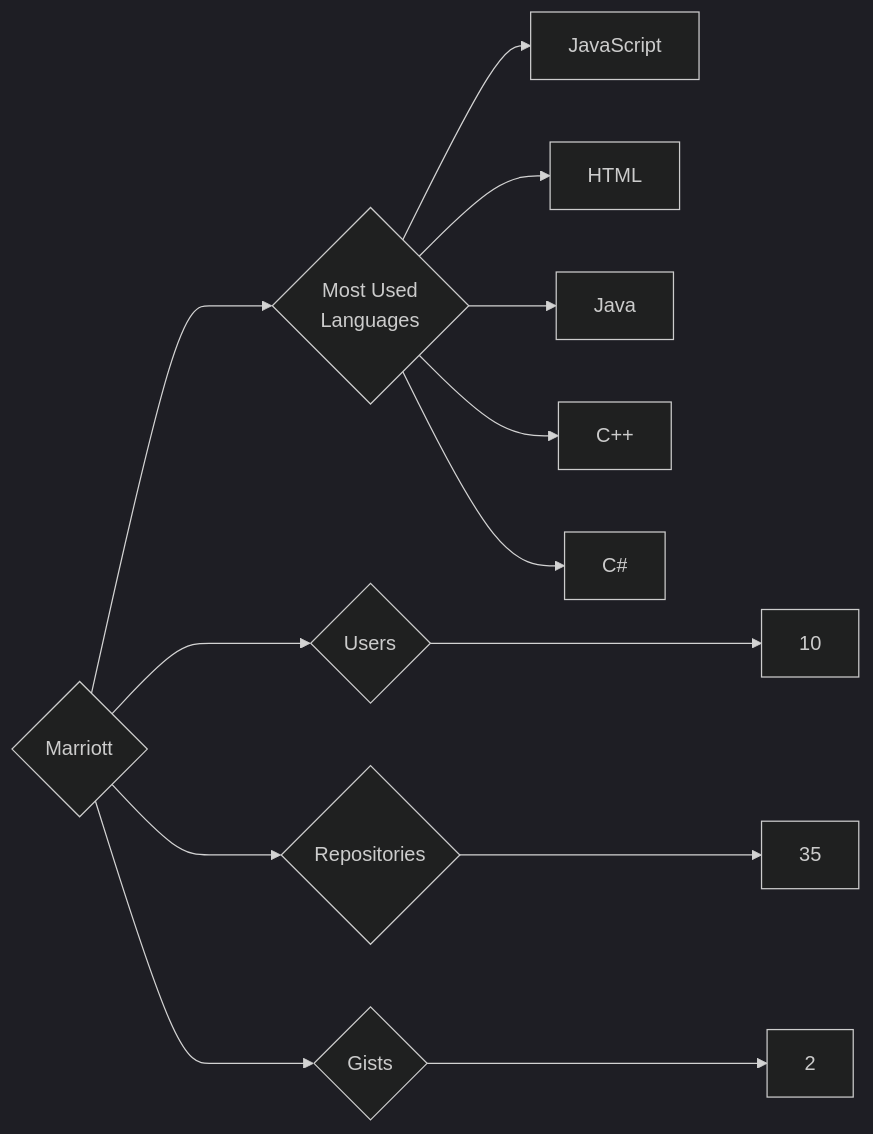
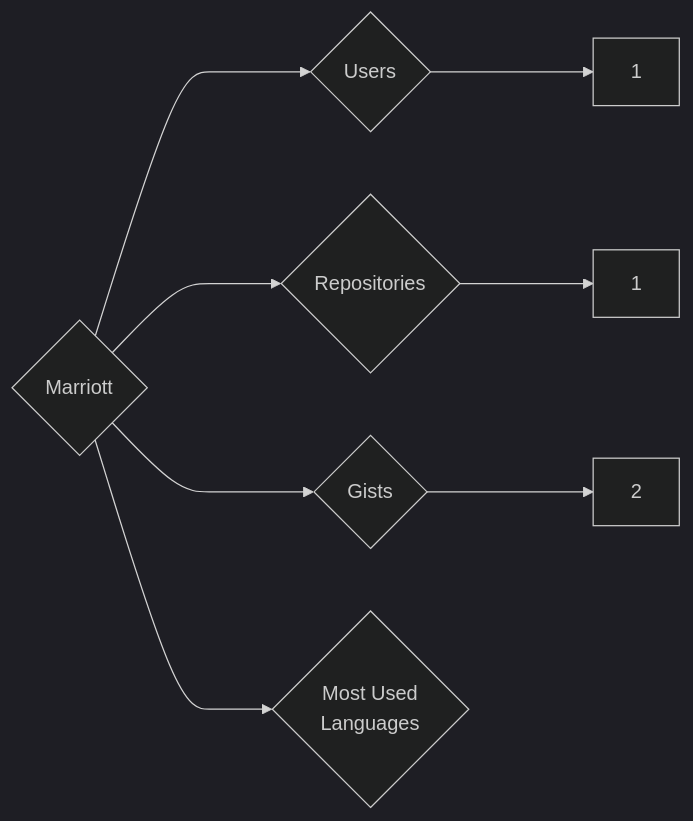
The diagram in targets/Marriott/README.md (trickest/insiders), drawn with Mermaid (dark theme) before and after one commit. The commit also changed 773 other files, not shown here.

````diff
--- a/targets/Marriott/README.md
+++ b/targets/Marriott/README.md
@@ -3,13 +3,8 @@
 ```mermaid
 graph LR
 COMPANY_NAME{Marriott}
-COMPANY_NAME ---> U{Users} ---> UN[10]
-COMPANY_NAME ---> R{Repositories} ---> RN[35]
+COMPANY_NAME ---> U{Users} ---> UN[1]
+COMPANY_NAME ---> R{Repositories} ---> RN[1]
 COMPANY_NAME ---> G{Gists} ---> GN[2]
 COMPANY_NAME ---> ML{Most Used<br>Languages}
-ML --> JavaScript[JavaScript]
-ML --> HTML[HTML]
-ML --> Java[Java]
-ML --> C++[C++]
-ML --> C#[C#]
 ```
````
